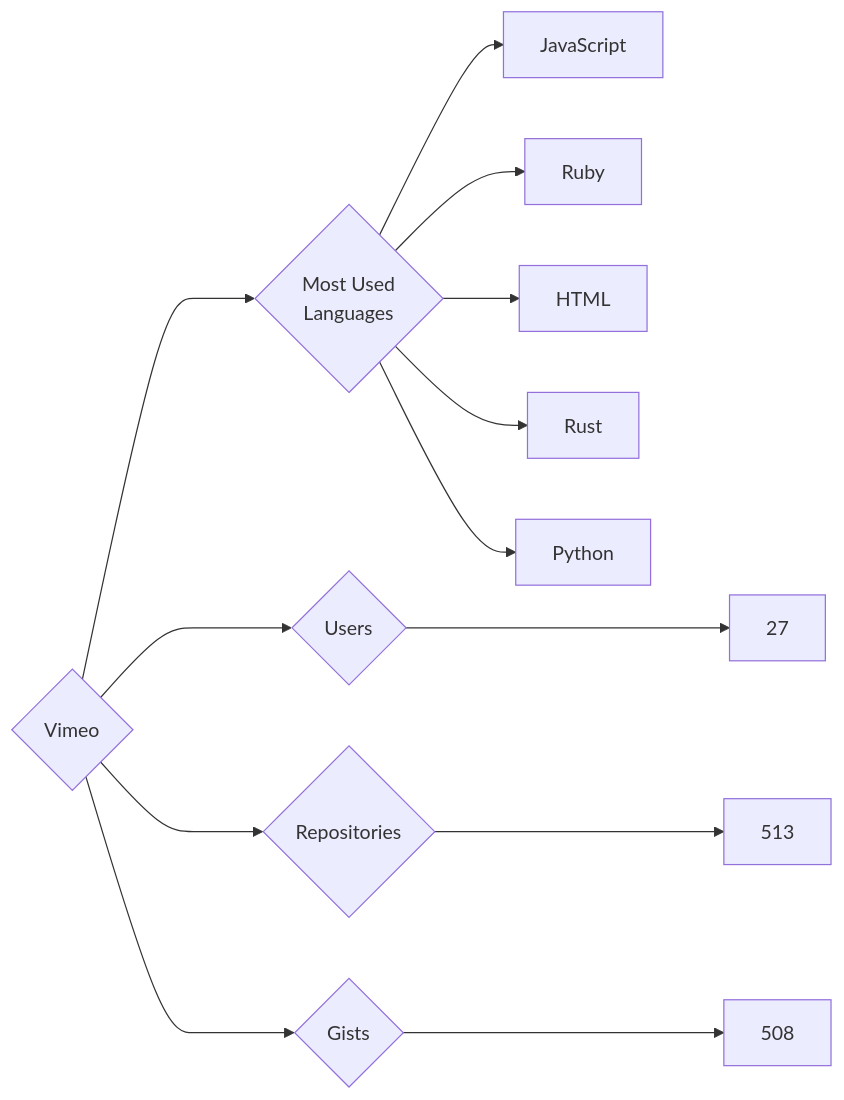
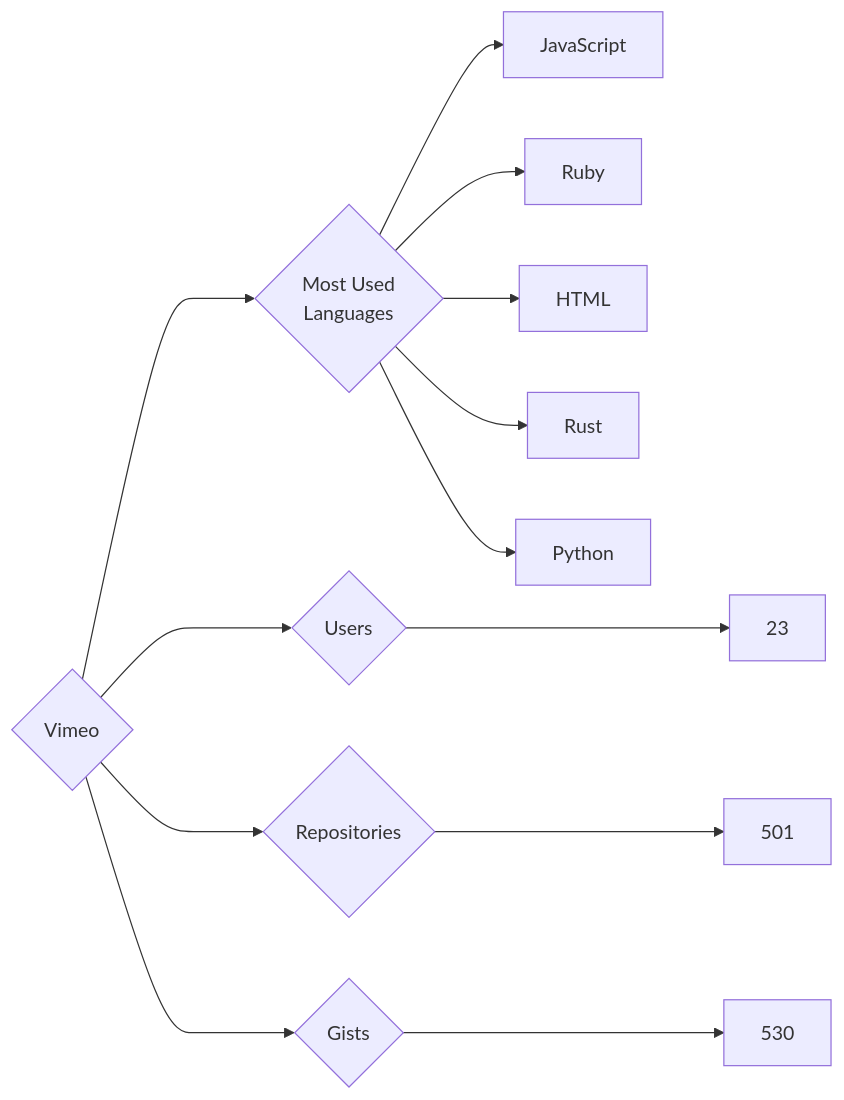
One commit to trickest/insiders changed the diagram in targets/Vimeo/README.md. Above: the diagram before and after it, drawn with Mermaid. The commit also changed 972 other files, not shown here.

````diff
--- a/targets/Vimeo/README.md
+++ b/targets/Vimeo/README.md
@@ -3,13 +3,13 @@
 ```mermaid
 graph LR
 COMPANY_NAME{Vimeo}
-COMPANY_NAME ---> U{Users} ---> UN[27]
-COMPANY_NAME ---> R{Repositories} ---> RN[513]
-COMPANY_NAME ---> G{Gists} ---> GN[508]
+COMPANY_NAME ---> U{Users} ---> UN[23]
+COMPANY_NAME ---> R{Repositories} ---> RN[501]
+COMPANY_NAME ---> G{Gists} ---> GN[530]
 COMPANY_NAME ---> ML{Most Used<br>Languages}
 ML --> JavaScript[JavaScript]
 ML --> Ruby[Ruby]
 ML --> HTML[HTML]
 ML --> Rust[Rust]
 ML --> Python[Python]
 ```
````
